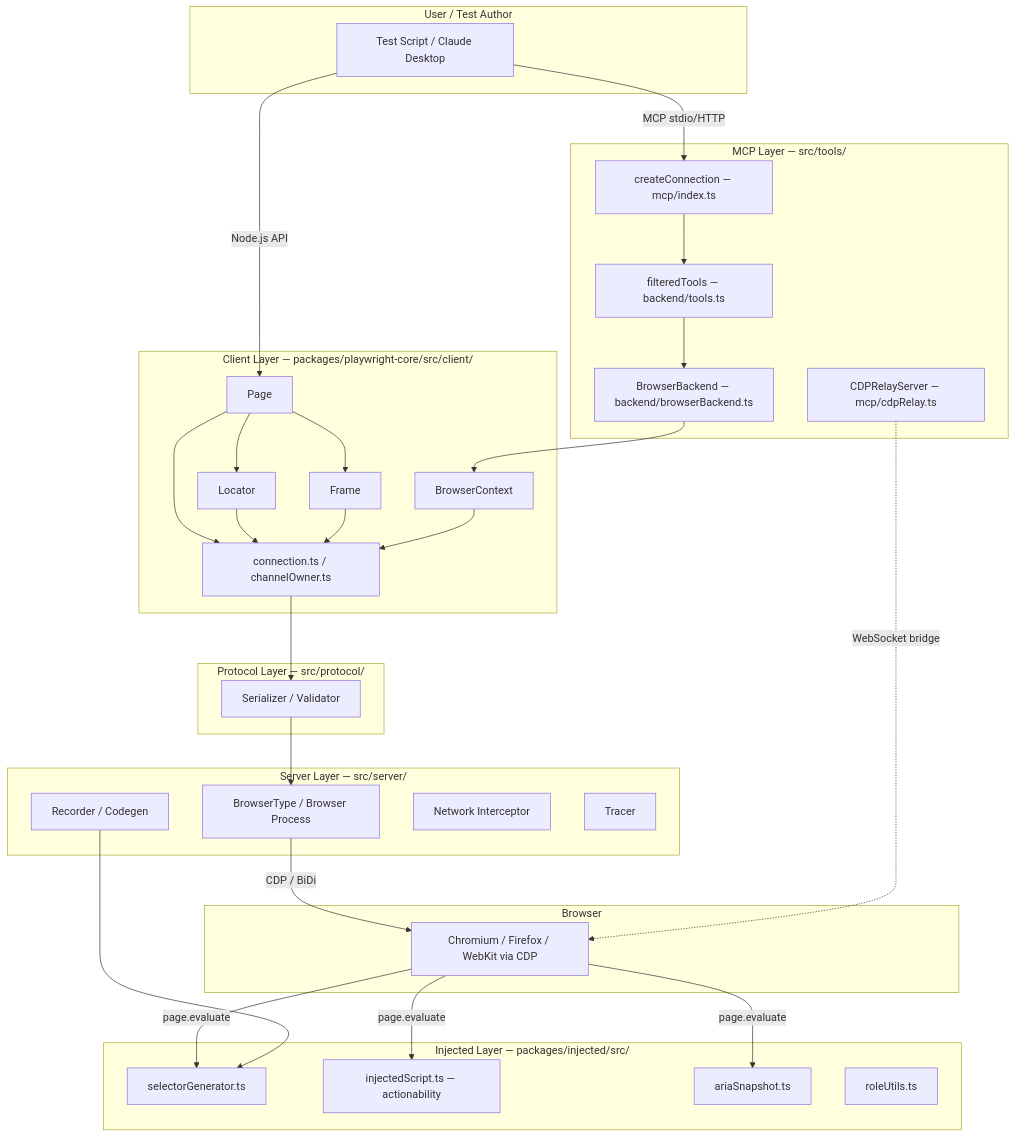
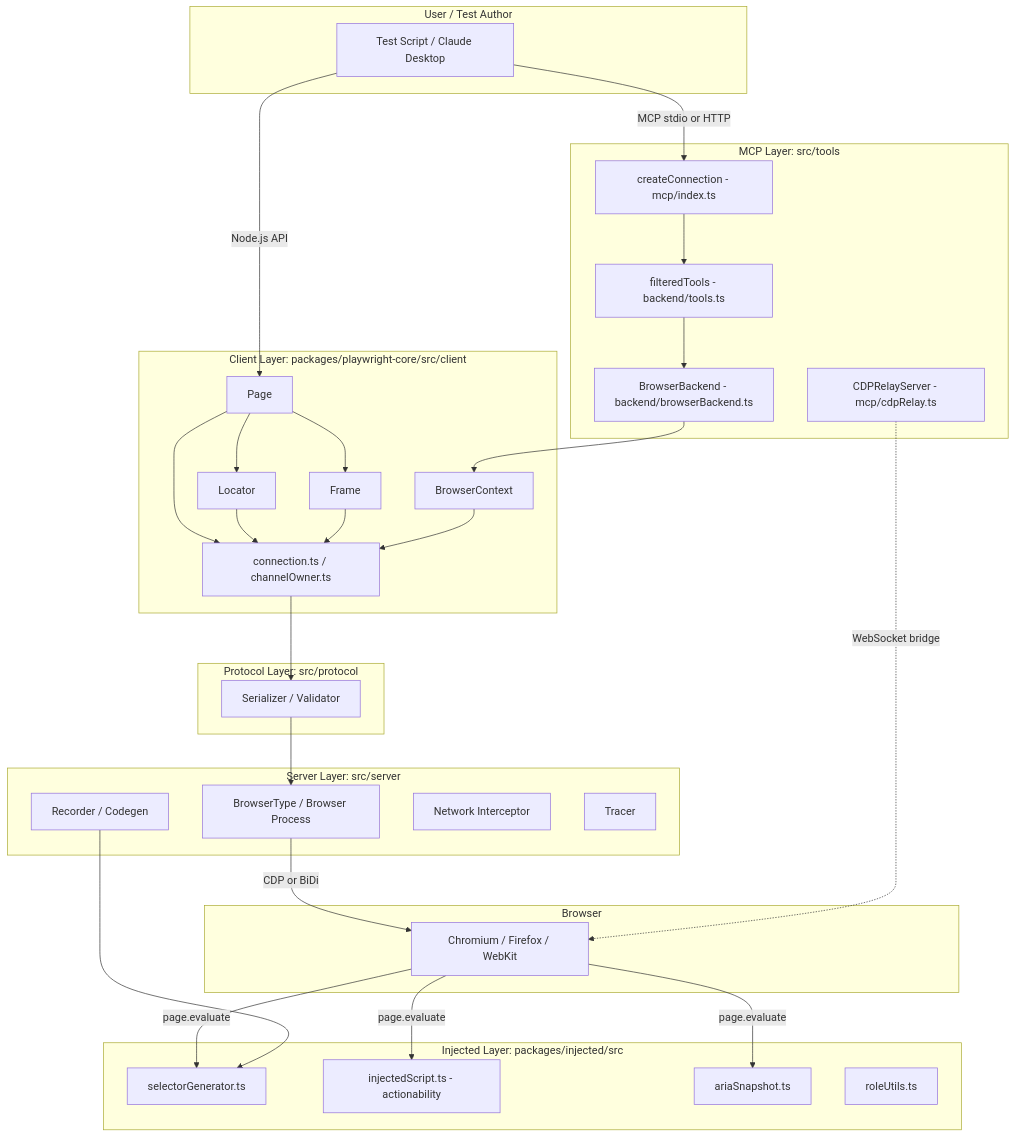
Before and after one commit to Cannonbold2412/CONXA: the first of 3 diagrams in research-analysis/01-external-research/repos/playwright.md, drawn with Mermaid. The commit also changed other lines of this file and 3 other files, not shown here.

First line of the commit message:
docs(research): fix Mermaid diagrams in research notes

````diff
--- a/research-analysis/01-external-research/repos/playwright.md
+++ b/research-analysis/01-external-research/repos/playwright.md
@@ -16,60 +16,63 @@
 ```mermaid
-graph TD
-    subgraph "User / Test Author"
-        A[Test Script / Claude Desktop]
+flowchart TD
+    subgraph USER["User / Test Author"]
+        A["Test Script / Claude Desktop"]
     end
 
-    subgraph "Client Layer — packages/playwright-core/src/client/"
-        B[Page]
-        C[Locator]
-        D[Frame]
-        E[BrowserContext]
-        F[connection.ts / channelOwner.ts]
+    subgraph CLIENT["Client Layer: packages/playwright-core/src/client"]
+        B["Page"]
+        C["Locator"]
+        D["Frame"]
+        E["BrowserContext"]
+        F["connection.ts / channelOwner.ts"]
     end
 
-    subgraph "MCP Layer — src/tools/"
-        G[createConnection — mcp/index.ts]
-        H[filteredTools — backend/tools.ts]
-        I[BrowserBackend — backend/browserBackend.ts]
-        J[CDPRelayServer — mcp/cdpRelay.ts]
+    subgraph MCP["MCP Layer: src/tools"]
+        G["createConnection - mcp/index.ts"]
+        H["filteredTools - backend/tools.ts"]
+        I["BrowserBackend - backend/browserBackend.ts"]
+        J["CDPRelayServer - mcp/cdpRelay.ts"]
     end
 
-    subgraph "Protocol Layer — src/protocol/"
-        K[Serializer / Validator]
+    subgraph PROTOCOL["Protocol Layer: src/protocol"]
+        K["Serializer / Validator"]
     end
 
-    subgraph "Server Layer — src/server/"
-        L[BrowserType / Browser Process]
-        M[Recorder / Codegen]
-        N[Network Interceptor]
-        O[Tracer]
+    subgraph SERVER["Server Layer: src/server"]
+        L["BrowserType / Browser Process"]
+        M["Recorder / Codegen"]
+        N["Network Interceptor"]
+        O["Tracer"]
     end
 
-    subgraph "Injected Layer — packages/injected/src/"
-        P[selectorGenerator.ts]
-        Q[injectedScript.ts — actionability]
-        R[ariaSnapshot.ts]
-        S[roleUtils.ts]
+    subgraph INJECTED["Injected Layer: packages/injected/src"]
+        P["selectorGenerator.ts"]
+        Q["injectedScript.ts - actionability"]
+        R["ariaSnapshot.ts"]
+        S["roleUtils.ts"]
     end
 
-    subgraph "Browser"
-        T[Chromium / Firefox / WebKit via CDP]
+    subgraph BROWSER["Browser"]
+        T["Chromium / Firefox / WebKit"]
     end
 
-    A -->|MCP stdio/HTTP| G
-    A -->|Node.js API| B
+    A -->|"MCP stdio or HTTP"| G
+    A -->|"Node.js API"| B
     G --> H
     H --> I
     I --> E
     B --> C
     B --> D
-    B & C & D & E --> F
+    B --> F
+    C --> F
+    D --> F
+    E --> F
     F --> K
     K --> L
-    L -->|CDP / BiDi| T
-    T -->|page.evaluate| P
-    T -->|page.evaluate| Q
-    T -->|page.evaluate| R
+    L -->|"CDP or BiDi"| T
+    T -->|"page.evaluate"| P
+    T -->|"page.evaluate"| Q
+    T -->|"page.evaluate"| R
     M --> P
-    J -.->|WebSocket bridge| T
+    J -.->|"WebSocket bridge"| T
 ```
````
